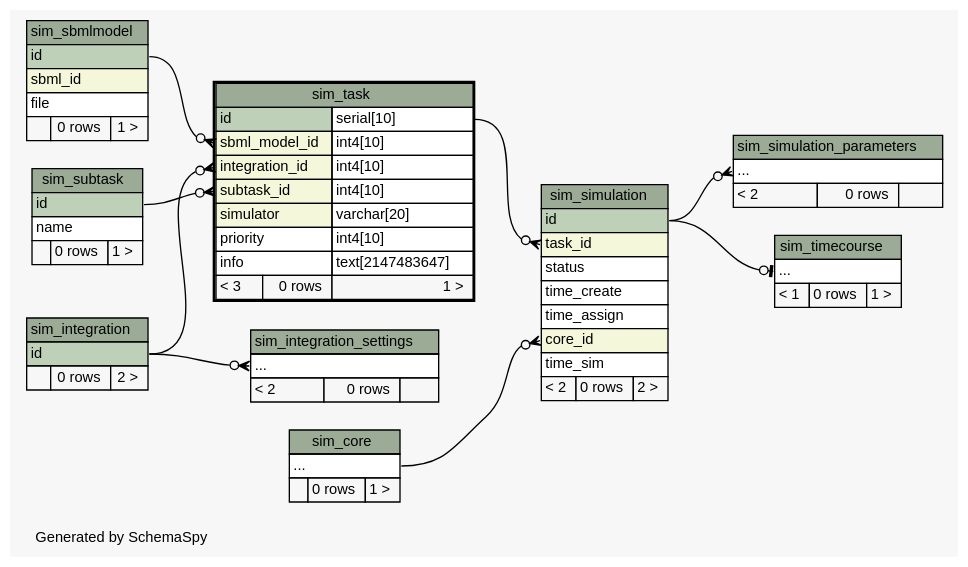
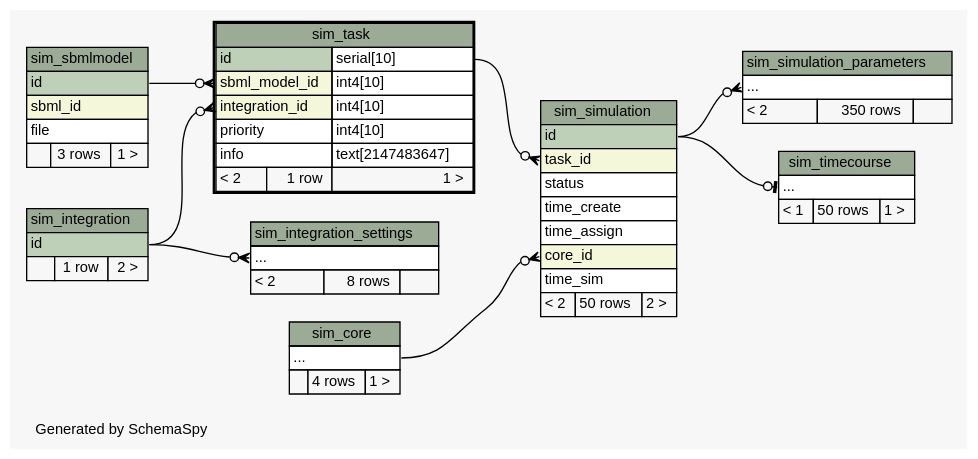
The diagram in database/schema/diagrams/sim_task.2degrees.dot (jingyayeah/multiscale-galactose), drawn with Graphviz before and after one commit. The commit also changed 102 other files, not shown here.

Commit message:
Database schema updated

```diff
--- a/database/schema/diagrams/sim_task.2degrees.dot
+++ b/database/schema/diagrams/sim_task.2degrees.dot
@@ -1,135 +1,121 @@
 // dot 2.26.3 on Linux 3.11.0-12-generic
 // SchemaSpy rev 590
 digraph "twoDegreesRelationshipsDiagram" {
   graph [
     rankdir="RL"
     bgcolor="#f7f7f7"
     label="\nGenerated by SchemaSpy"
     labeljust="l"
     nodesep="0.18"
     ranksep="0.46"
     fontname="Helvetica"
     fontsize="11"
   ];
   node [
     fontname="Helvetica"
     fontsize="11"
     shape="plaintext"
   ];
   edge [
     arrowsize="0.8"
   ];
   "sim_integration_settings":"elipses":w -> "sim_integration":"id":e [arrowhead=none dir=back arrowtail=crowodot];
   "sim_simulation":"core_id":w -> "sim_core":"elipses":e [arrowhead=none dir=back arrowtail=crowodot];
   "sim_simulation":"task_id":w -> "sim_task":"id.type":e [arrowhead=none dir=back arrowtail=crowodot];
   "sim_simulation_parameters":"elipses":w -> "sim_simulation":"id":e [arrowhead=none dir=back arrowtail=crowodot];
   "sim_task":"integration_id":w -> "sim_integration":"id":e [arrowhead=none dir=back arrowtail=crowodot];
   "sim_task":"sbml_model_id":w -> "sim_sbmlmodel":"id":e [arrowhead=none dir=back arrowtail=crowodot];
-  "sim_task":"subtask_id":w -> "sim_subtask":"id":e [arrowhead=none dir=back arrowtail=crowodot];
   "sim_timecourse":"elipses":w -> "sim_simulation":"id":e [arrowhead=none dir=back arrowtail=teeodot];
   "sim_core" [
     label=<
     <TABLE BORDER="0" CELLBORDER="1" CELLSPACING="0" BGCOLOR="#ffffff">
       <TR><TD COLSPAN="3" BGCOLOR="#9bab96" ALIGN="CENTER">sim_core</TD></TR>
       <TR><TD PORT="elipses" COLSPAN="3" ALIGN="LEFT">...</TD></TR>
-      <TR><TD ALIGN="LEFT" BGCOLOR="#f7f7f7">  </TD><TD ALIGN="RIGHT" BGCOLOR="#f7f7f7">0 rows</TD><TD ALIGN="RIGHT" BGCOLOR="#f7f7f7">1 &gt;</TD></TR>
+      <TR><TD ALIGN="LEFT" BGCOLOR="#f7f7f7">  </TD><TD ALIGN="RIGHT" BGCOLOR="#f7f7f7">4 rows</TD><TD ALIGN="RIGHT" BGCOLOR="#f7f7f7">1 &gt;</TD></TR>
     </TABLE>>
     URL="sim_core.html"
     tooltip="sim_core"
   ];
   "sim_integration" [
     label=<
     <TABLE BORDER="0" CELLBORDER="1" CELLSPACING="0" BGCOLOR="#ffffff">
       <TR><TD COLSPAN="3" BGCOLOR="#9bab96" ALIGN="CENTER">sim_integration</TD></TR>
       <TR><TD PORT="id" COLSPAN="3" BGCOLOR="#bed1b8" ALIGN="LEFT">id</TD></TR>
-      <TR><TD ALIGN="LEFT" BGCOLOR="#f7f7f7">  </TD><TD ALIGN="RIGHT" BGCOLOR="#f7f7f7">0 rows</TD><TD ALIGN="RIGHT" BGCOLOR="#f7f7f7">2 &gt;</TD></TR>
+      <TR><TD ALIGN="LEFT" BGCOLOR="#f7f7f7">  </TD><TD ALIGN="RIGHT" BGCOLOR="#f7f7f7">1 row</TD><TD ALIGN="RIGHT" BGCOLOR="#f7f7f7">2 &gt;</TD></TR>
     </TABLE>>
     URL="sim_integration.html"
     tooltip="sim_integration"
   ];
   "sim_integration_settings" [
     label=<
     <TABLE BORDER="0" CELLBORDER="1" CELLSPACING="0" BGCOLOR="#ffffff">
       <TR><TD COLSPAN="3" BGCOLOR="#9bab96" ALIGN="CENTER">sim_integration_settings</TD></TR>
       <TR><TD PORT="elipses" COLSPAN="3" ALIGN="LEFT">...</TD></TR>
-      <TR><TD ALIGN="LEFT" BGCOLOR="#f7f7f7">&lt; 2</TD><TD ALIGN="RIGHT" BGCOLOR="#f7f7f7">0 rows</TD><TD ALIGN="RIGHT" BGCOLOR="#f7f7f7">  </TD></TR>
+      <TR><TD ALIGN="LEFT" BGCOLOR="#f7f7f7">&lt; 2</TD><TD ALIGN="RIGHT" BGCOLOR="#f7f7f7">8 rows</TD><TD ALIGN="RIGHT" BGCOLOR="#f7f7f7">  </TD></TR>
     </TABLE>>
     URL="sim_integration_settings.html"
     tooltip="sim_integration_settings"
   ];
   "sim_sbmlmodel" [
     label=<
     <TABLE BORDER="0" CELLBORDER="1" CELLSPACING="0" BGCOLOR="#ffffff">
       <TR><TD COLSPAN="3" BGCOLOR="#9bab96" ALIGN="CENTER">sim_sbmlmodel</TD></TR>
       <TR><TD PORT="id" COLSPAN="3" BGCOLOR="#bed1b8" ALIGN="LEFT">id</TD></TR>
       <TR><TD PORT="sbml_id" COLSPAN="3" BGCOLOR="#f4f7da" ALIGN="LEFT">sbml_id</TD></TR>
       <TR><TD PORT="file" COLSPAN="3" ALIGN="LEFT">file</TD></TR>
-      <TR><TD ALIGN="LEFT" BGCOLOR="#f7f7f7">  </TD><TD ALIGN="RIGHT" BGCOLOR="#f7f7f7">0 rows</TD><TD ALIGN="RIGHT" BGCOLOR="#f7f7f7">1 &gt;</TD></TR>
+      <TR><TD ALIGN="LEFT" BGCOLOR="#f7f7f7">  </TD><TD ALIGN="RIGHT" BGCOLOR="#f7f7f7">3 rows</TD><TD ALIGN="RIGHT" BGCOLOR="#f7f7f7">1 &gt;</TD></TR>
     </TABLE>>
     URL="sim_sbmlmodel.html"
     tooltip="sim_sbmlmodel"
   ];
   "sim_simulation" [
     label=<
     <TABLE BORDER="0" CELLBORDER="1" CELLSPACING="0" BGCOLOR="#ffffff">
       <TR><TD COLSPAN="3" BGCOLOR="#9bab96" ALIGN="CENTER">sim_simulation</TD></TR>
       <TR><TD PORT="id" COLSPAN="3" BGCOLOR="#bed1b8" ALIGN="LEFT">id</TD></TR>
       <TR><TD PORT="task_id" COLSPAN="3" BGCOLOR="#f4f7da" ALIGN="LEFT">task_id</TD></TR>
       <TR><TD PORT="status" COLSPAN="3" ALIGN="LEFT">status</TD></TR>
       <TR><TD PORT="time_create" COLSPAN="3" ALIGN="LEFT">time_create</TD></TR>
       <TR><TD PORT="time_assign" COLSPAN="3" ALIGN="LEFT">time_assign</TD></TR>
       <TR><TD PORT="core_id" COLSPAN="3" BGCOLOR="#f4f7da" ALIGN="LEFT">core_id</TD></TR>
       <TR><TD PORT="time_sim" COLSPAN="3" ALIGN="LEFT">time_sim</TD></TR>
-      <TR><TD ALIGN="LEFT" BGCOLOR="#f7f7f7">&lt; 2</TD><TD ALIGN="RIGHT" BGCOLOR="#f7f7f7">0 rows</TD><TD ALIGN="RIGHT" BGCOLOR="#f7f7f7">2 &gt;</TD></TR>
+      <TR><TD ALIGN="LEFT" BGCOLOR="#f7f7f7">&lt; 2</TD><TD ALIGN="RIGHT" BGCOLOR="#f7f7f7">50 rows</TD><TD ALIGN="RIGHT" BGCOLOR="#f7f7f7">2 &gt;</TD></TR>
     </TABLE>>
     URL="sim_simulation.html"
     tooltip="sim_simulation"
   ];
   "sim_simulation_parameters" [
     label=<
     <TABLE BORDER="0" CELLBORDER="1" CELLSPACING="0" BGCOLOR="#ffffff">
       <TR><TD COLSPAN="3" BGCOLOR="#9bab96" ALIGN="CENTER">sim_simulation_parameters</TD></TR>
       <TR><TD PORT="elipses" COLSPAN="3" ALIGN="LEFT">...</TD></TR>
-      <TR><TD ALIGN="LEFT" BGCOLOR="#f7f7f7">&lt; 2</TD><TD ALIGN="RIGHT" BGCOLOR="#f7f7f7">0 rows</TD><TD ALIGN="RIGHT" BGCOLOR="#f7f7f7">  </TD></TR>
+      <TR><TD ALIGN="LEFT" BGCOLOR="#f7f7f7">&lt; 2</TD><TD ALIGN="RIGHT" BGCOLOR="#f7f7f7">350 rows</TD><TD ALIGN="RIGHT" BGCOLOR="#f7f7f7">  </TD></TR>
     </TABLE>>
     URL="sim_simulation_parameters.html"
     tooltip="sim_simulation_parameters"
-  ];
-  "sim_subtask" [
-    label=<
-    <TABLE BORDER="0" CELLBORDER="1" CELLSPACING="0" BGCOLOR="#ffffff">
-      <TR><TD COLSPAN="3" BGCOLOR="#9bab96" ALIGN="CENTER">sim_subtask</TD></TR>
-      <TR><TD PORT="id" COLSPAN="3" BGCOLOR="#bed1b8" ALIGN="LEFT">id</TD></TR>
-      <TR><TD PORT="name" COLSPAN="3" ALIGN="LEFT">name</TD></TR>
-      <TR><TD ALIGN="LEFT" BGCOLOR="#f7f7f7">  </TD><TD ALIGN="RIGHT" BGCOLOR="#f7f7f7">0 rows</TD><TD ALIGN="RIGHT" BGCOLOR="#f7f7f7">1 &gt;</TD></TR>
-    </TABLE>>
-    URL="sim_subtask.html"
-    tooltip="sim_subtask"
   ];
   "sim_task" [
     label=<
     <TABLE BORDER="2" CELLBORDER="1" CELLSPACING="0" BGCOLOR="#ffffff">
       <TR><TD COLSPAN="3" BGCOLOR="#9bab96" ALIGN="CENTER">sim_task</TD></TR>
       <TR><TD PORT="id" COLSPAN="2" BGCOLOR="#bed1b8" ALIGN="LEFT">id</TD><TD PORT="id.type" ALIGN="LEFT">serial[10]</TD></TR>
       <TR><TD PORT="sbml_model_id" COLSPAN="2" BGCOLOR="#f4f7da" ALIGN="LEFT">sbml_model_id</TD><TD PORT="sbml_model_id.type" ALIGN="LEFT">int4[10]</TD></TR>
       <TR><TD PORT="integration_id" COLSPAN="2" BGCOLOR="#f4f7da" ALIGN="LEFT">integration_id</TD><TD PORT="integration_id.type" ALIGN="LEFT">int4[10]</TD></TR>
-      <TR><TD PORT="subtask_id" COLSPAN="2" BGCOLOR="#f4f7da" ALIGN="LEFT">subtask_id</TD><TD PORT="subtask_id.type" ALIGN="LEFT">int4[10]</TD></TR>
-      <TR><TD PORT="simulator" COLSPAN="2" BGCOLOR="#f4f7da" ALIGN="LEFT">simulator</TD><TD PORT="simulator.type" ALIGN="LEFT">varchar[20]</TD></TR>
       <TR><TD PORT="priority" COLSPAN="2" ALIGN="LEFT">priority</TD><TD PORT="priority.type" ALIGN="LEFT">int4[10]</TD></TR>
       <TR><TD PORT="info" COLSPAN="2" ALIGN="LEFT">info</TD><TD PORT="info.type" ALIGN="LEFT">text[2147483647]</TD></TR>
-      <TR><TD ALIGN="LEFT" BGCOLOR="#f7f7f7">&lt; 3</TD><TD ALIGN="RIGHT" BGCOLOR="#f7f7f7">0 rows</TD><TD ALIGN="RIGHT" BGCOLOR="#f7f7f7">1 &gt;</TD></TR>
+      <TR><TD ALIGN="LEFT" BGCOLOR="#f7f7f7">&lt; 2</TD><TD ALIGN="RIGHT" BGCOLOR="#f7f7f7">1 row</TD><TD ALIGN="RIGHT" BGCOLOR="#f7f7f7">1 &gt;</TD></TR>
     </TABLE>>
     URL="sim_task.html"
     tooltip="sim_task"
   ];
   "sim_timecourse" [
     label=<
     <TABLE BORDER="0" CELLBORDER="1" CELLSPACING="0" BGCOLOR="#ffffff">
       <TR><TD COLSPAN="3" BGCOLOR="#9bab96" ALIGN="CENTER">sim_timecourse</TD></TR>
       <TR><TD PORT="elipses" COLSPAN="3" ALIGN="LEFT">...</TD></TR>
-      <TR><TD ALIGN="LEFT" BGCOLOR="#f7f7f7">&lt; 1</TD><TD ALIGN="RIGHT" BGCOLOR="#f7f7f7">0 rows</TD><TD ALIGN="RIGHT" BGCOLOR="#f7f7f7">1 &gt;</TD></TR>
+      <TR><TD ALIGN="LEFT" BGCOLOR="#f7f7f7">&lt; 1</TD><TD ALIGN="RIGHT" BGCOLOR="#f7f7f7">50 rows</TD><TD ALIGN="RIGHT" BGCOLOR="#f7f7f7">1 &gt;</TD></TR>
     </TABLE>>
     URL="sim_timecourse.html"
     tooltip="sim_timecourse"
   ];
 }
```
